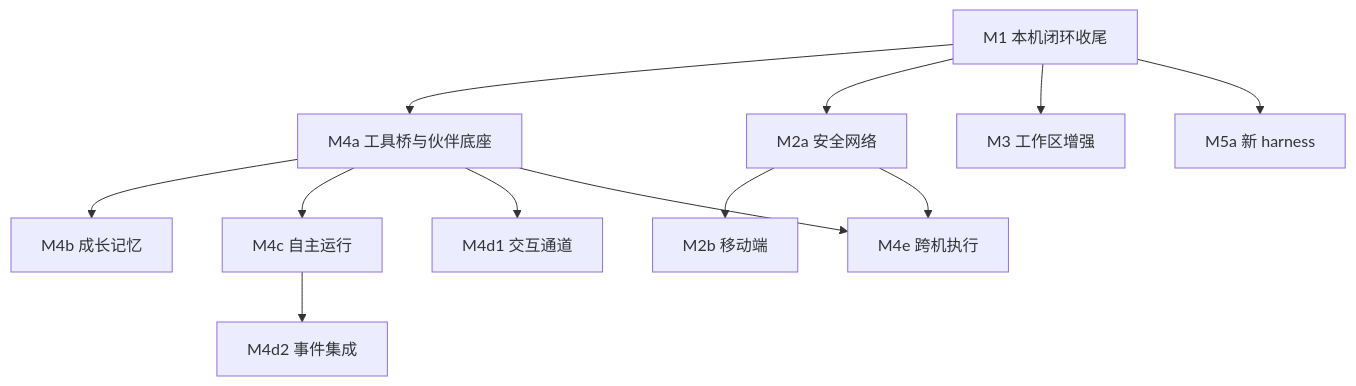
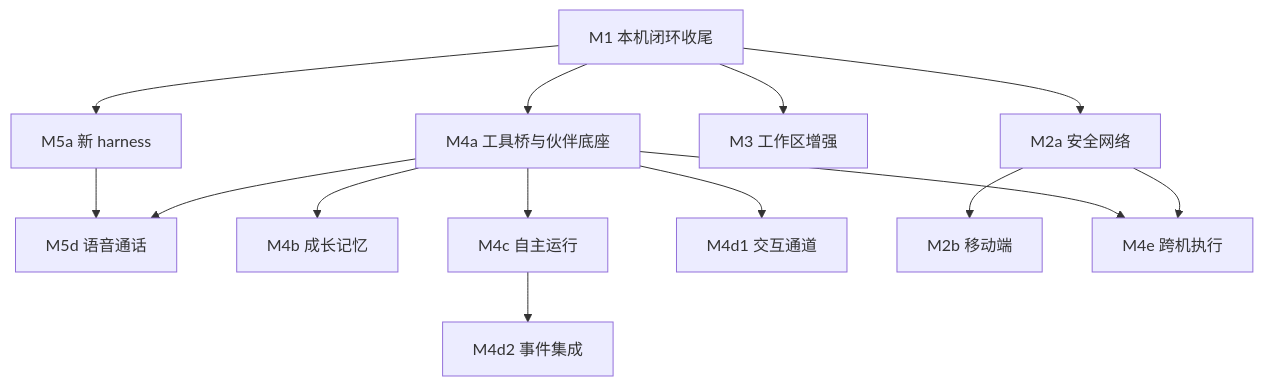
The diagram in docs/design/0019-delivery-roadmap.md (yangflow/hoplet), drawn with Mermaid before and after one commit. The commit also changed other lines of this file and 8 other files, not shown here.

````diff
--- a/docs/design/0019-delivery-roadmap.md
+++ b/docs/design/0019-delivery-roadmap.md
@@ -33,14 +33,16 @@
 ```mermaid
 flowchart TB
     M1["M1 本机闭环收尾"] --> A["M4a 工具桥与伙伴底座"]
     M1 --> Net["M2a 安全网络"]
     M1 --> Work["M3 工作区增强"]
     M1 --> Adapter["M5a 新 harness"]
+    A --> Voice["M5d 语音通话"]
+    Adapter --> Voice
     A --> Memory["M4b 成长记忆"]
     A --> Auto["M4c 自主运行"]
     A --> Chat["M4d1 交互通道"]
     Auto --> Events["M4d2 事件集成"]
     Net --> Phone["M2b 移动端"]
     Net --> Remote["M4e 跨机执行"]
     A --> Remote
 ```
````
